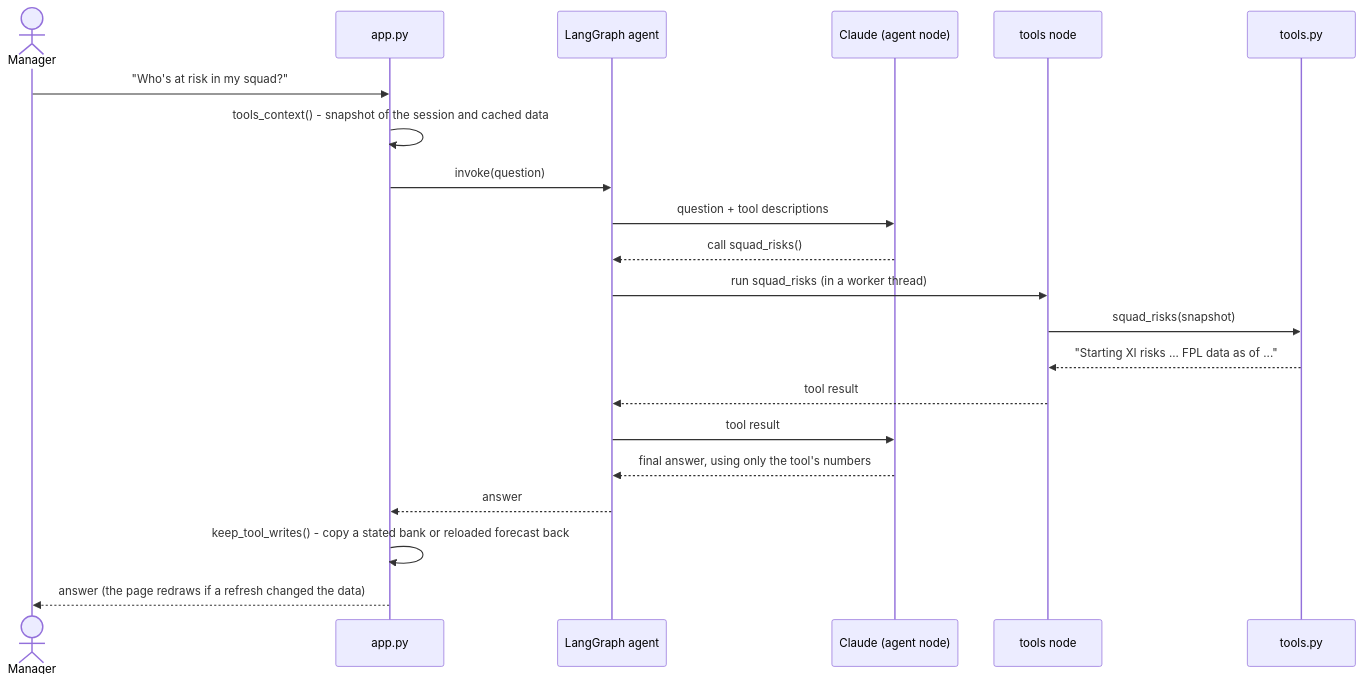
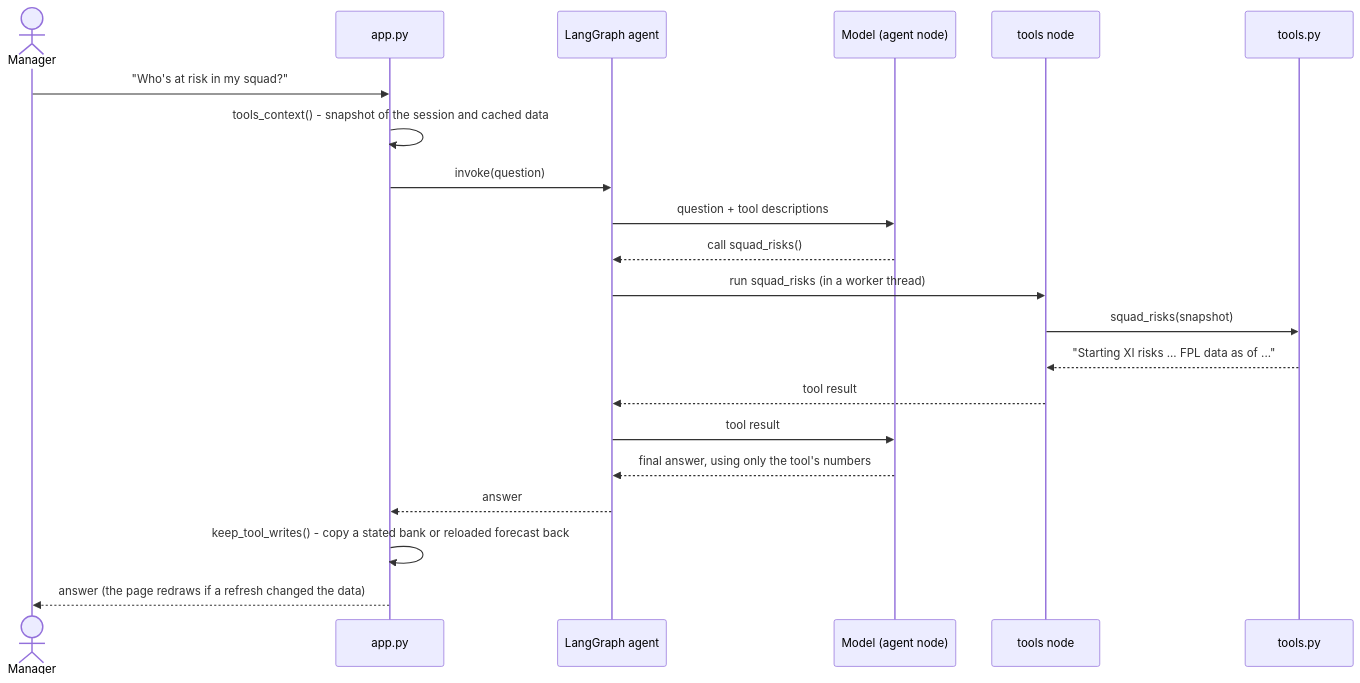
The first of 2 diagrams in dashboard/README.md (tonyjward/fpl-starts), drawn with Mermaid before and after one commit. The commit also changed other lines of this file and 16 other files, not shown here.

````diff
--- a/dashboard/README.md
+++ b/dashboard/README.md
@@ -89,23 +145,23 @@
 ```mermaid
 sequenceDiagram
     actor M as Manager
     participant App as app.py
     participant G as LangGraph agent
-    participant C as Claude (agent node)
+    participant C as Model (agent node)
     participant T as tools node
     participant Tools as tools.py
     M->>App: "Who's at risk in my squad?"
     App->>App: tools_context() - snapshot of the session and cached data
     App->>G: invoke(question)
     G->>C: question + tool descriptions
     C-->>G: call squad_risks()
     G->>T: run squad_risks (in a worker thread)
     T->>Tools: squad_risks(snapshot)
     Tools-->>T: "Starting XI risks ... FPL data as of ..."
     T-->>G: tool result
     G->>C: tool result
     C-->>G: final answer, using only the tool's numbers
     G-->>App: answer
     App->>App: keep_tool_writes() - copy a stated bank or reloaded forecast back
     App-->>M: answer (the page redraws if a refresh changed the data)
 ```
````
